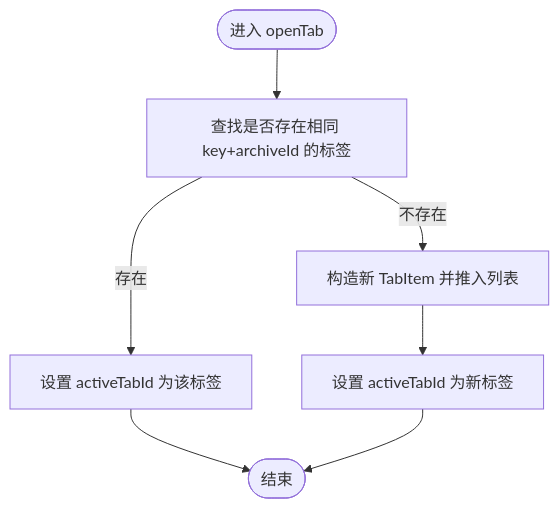
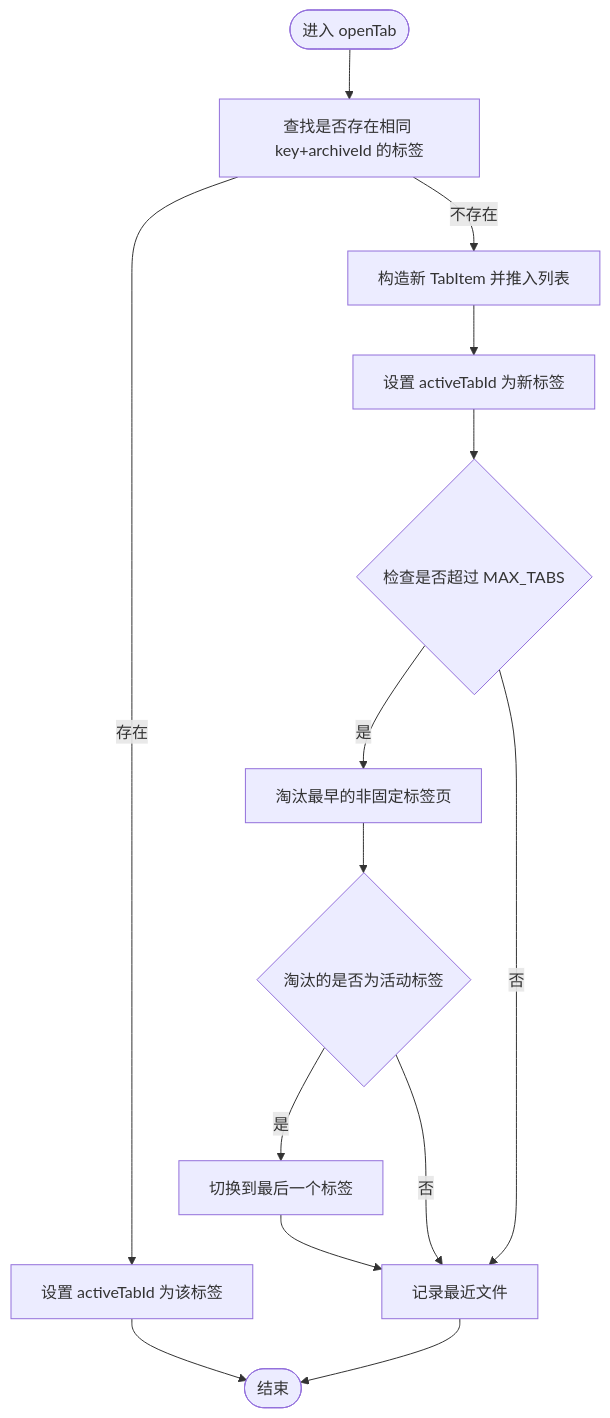
One commit to taoweidong/Hello-Tauri changed the fourth of 6 diagrams in .qoder/repowiki/zh/content/架构设计/数据流模式/组合式函数数据逻辑/标签页管理组合函数.md. Above: the diagram before and after it, drawn with Mermaid. The commit also changed other lines of this file and 67 other files, not shown here.

````diff
--- a/.qoder/repowiki/zh/content/架构设计/数据流模式/组合式函数数据逻辑/标签页管理组合函数.md
+++ b/.qoder/repowiki/zh/content/架构设计/数据流模式/组合式函数数据逻辑/标签页管理组合函数.md
@@ -199,9 +222,16 @@
 ```mermaid
 flowchart TD
 Start(["进入 openTab"]) --> CheckDup["查找是否存在相同 key+archiveId 的标签"]
 CheckDup --> |存在| Activate["设置 activeTabId 为该标签"]
 Activate --> End(["结束"])
 CheckDup --> |不存在| Create["构造新 TabItem 并推入列表"]
 Create --> SetActive["设置 activeTabId 为新标签"]
-SetActive --> End
+SetActive --> CheckLimit{"检查是否超过 MAX_TABS"}
+CheckLimit --> |是| Evict["淘汰最早的非固定标签页"]
+Evict --> UpdateActive{"淘汰的是否为活动标签"}
+UpdateActive --> |是| SwitchActive["切换到最后一个标签"]
+SwitchActive --> RecordRecent["记录最近文件"]
+UpdateActive --> |否| RecordRecent
+RecordRecent --> End
+CheckLimit --> |否| RecordRecent
 ```
````
